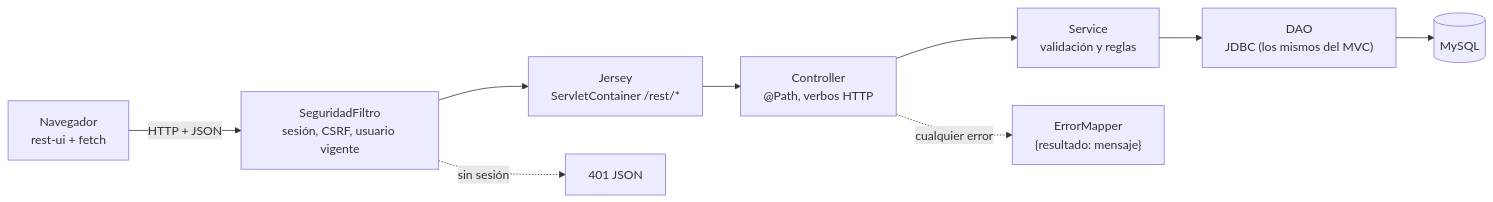
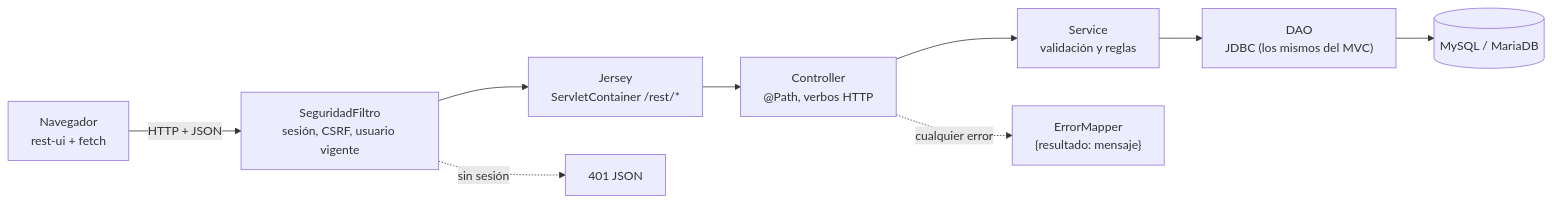
The diagram in docs/rest.md (gguillex/Gestion-Universitaria), drawn with Mermaid before and after one commit. The commit also changed other lines of this file and 5 other files, not shown here.

````diff
--- a/docs/rest.md
+++ b/docs/rest.md
@@ -7,11 +7,11 @@
 ```mermaid
 flowchart LR
     N["Navegador<br/>rest-ui + fetch"] -->|HTTP + JSON| F["SeguridadFiltro<br/>sesión, CSRF, usuario vigente"]
     F --> J["Jersey<br/>ServletContainer /rest/*"]
     J --> K["Controller<br/>@Path, verbos HTTP"]
     K --> S["Service<br/>validación y reglas"]
     S --> D["DAO<br/>JDBC (los mismos del MVC)"]
-    D --> B[(MySQL)]
+    D --> B[(MySQL / MariaDB)]
     K -.->|cualquier error| E["ErrorMapper<br/>{resultado: mensaje}"]
     F -.->|sin sesión| U["401 JSON"]
 ```
````
